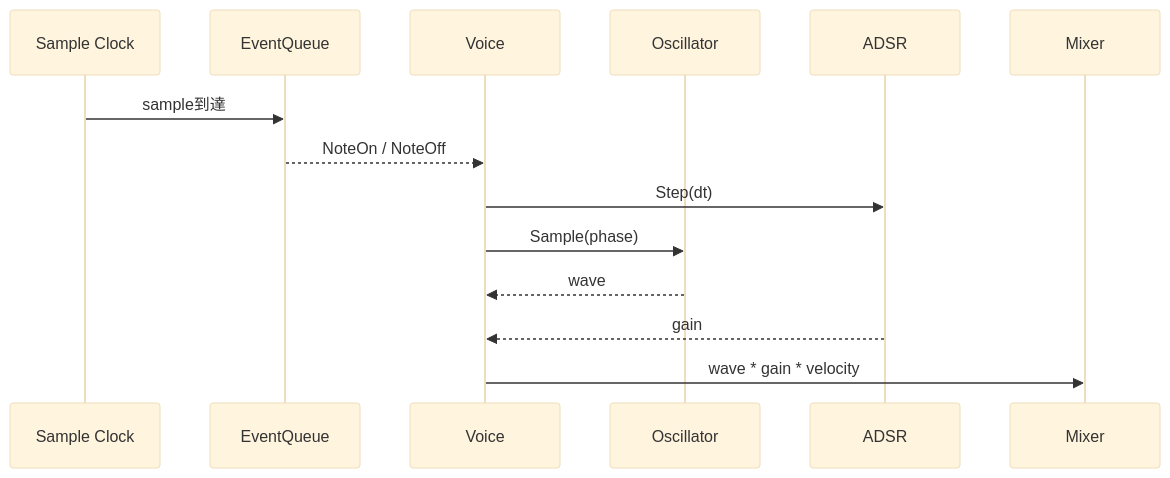
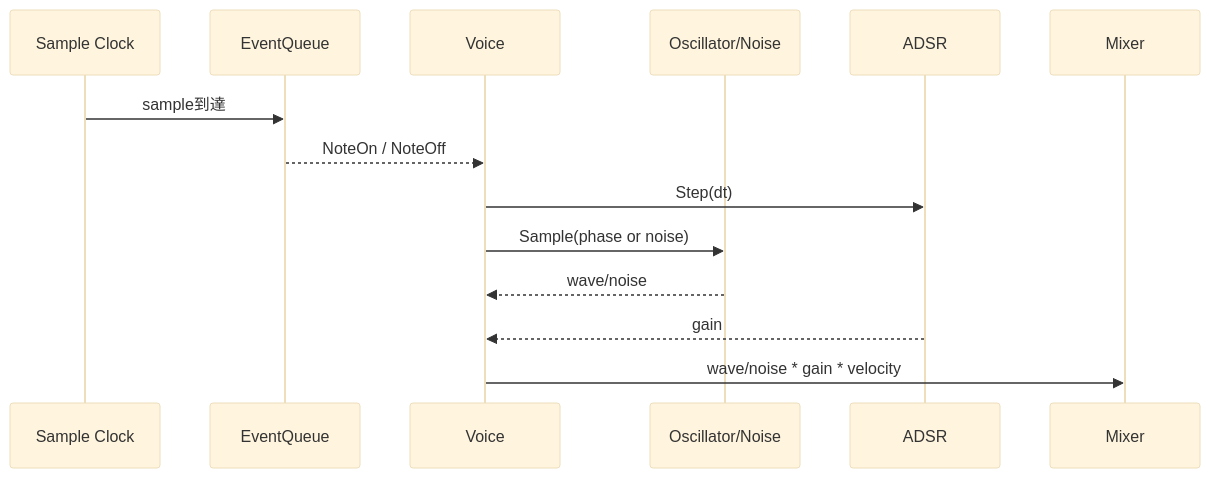
Before and after one commit to SunagimoOisii/F-Synthesizer: the fourth of 4 diagrams in F-Synthesizer/Architecture.md, drawn with Mermaid (base theme). The commit also changed other lines of this file and 6 other files, not shown here.

````diff
--- a/F-Synthesizer/Architecture.md
+++ b/F-Synthesizer/Architecture.md
@@ -78,18 +88,18 @@
 ```mermaid
 sequenceDiagram
     participant S as Sample Clock
     participant E as EventQueue
     participant V as Voice
-    participant O as Oscillator
+    participant O as Oscillator/Noise
     participant A as ADSR
     participant M as Mixer
 
     S->>E: sample到達
     E-->>V: NoteOn / NoteOff
     V->>A: Step(dt)
-    V->>O: Sample(phase)
-    O-->>V: wave
+    V->>O: Sample(phase or noise)
+    O-->>V: wave/noise
     A-->>V: gain
-    V->>M: wave * gain * velocity
+    V->>M: wave/noise * gain * velocity
 
 ```
````
